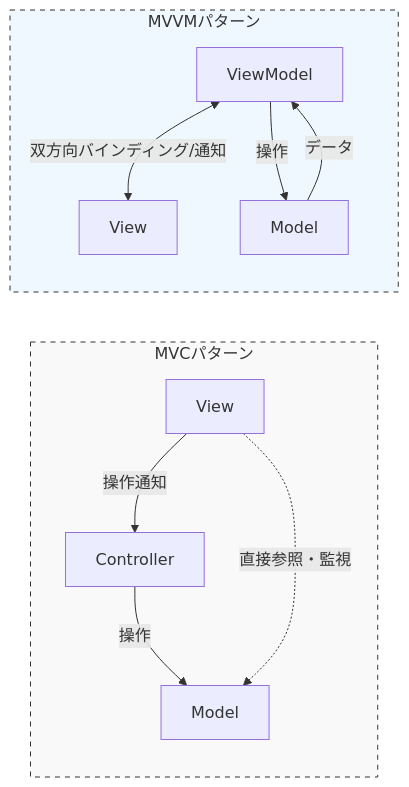
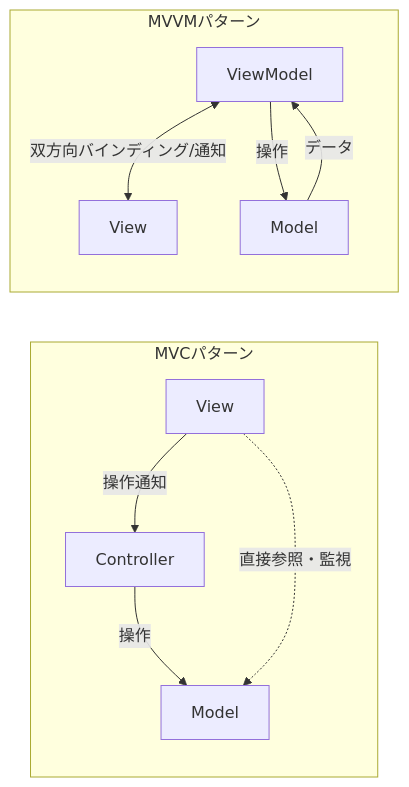
Before and after one commit to HarukiKamiyo/fy25_flutter_hands_on: the second of 3 diagrams in doc/mvvm.md, drawn with Mermaid. The commit also changed other lines of this file, not shown here.

Commit message:
mermaid の style 削除

````diff
--- a/doc/mvvm.md
+++ b/doc/mvvm.md
@@ -67,19 +63,17 @@
 ```mermaid
 flowchart LR
     subgraph MVC ["MVCパターン"]
         direction TB
         C[Controller] -->|操作| Model_MVC[Model]
         View_MVC[View] -->|操作通知| C
         View_MVC -.->|直接参照・監視| Model_MVC
     end
 
     subgraph MVVM ["MVVMパターン"]
         direction TB
         VM_MVVM[ViewModel] <-->|双方向バインディング/通知| View_MVVM[View]
         VM_MVVM -->|操作| Model_MVVM[Model]
         Model_MVVM -->|データ| VM_MVVM
     end
 
-    style MVC fill:#f9f9f9,stroke:#333,stroke-dasharray: 5 5
-    style MVVM fill:#f0f8ff,stroke:#333,stroke-dasharray: 5 5
 ```
````
